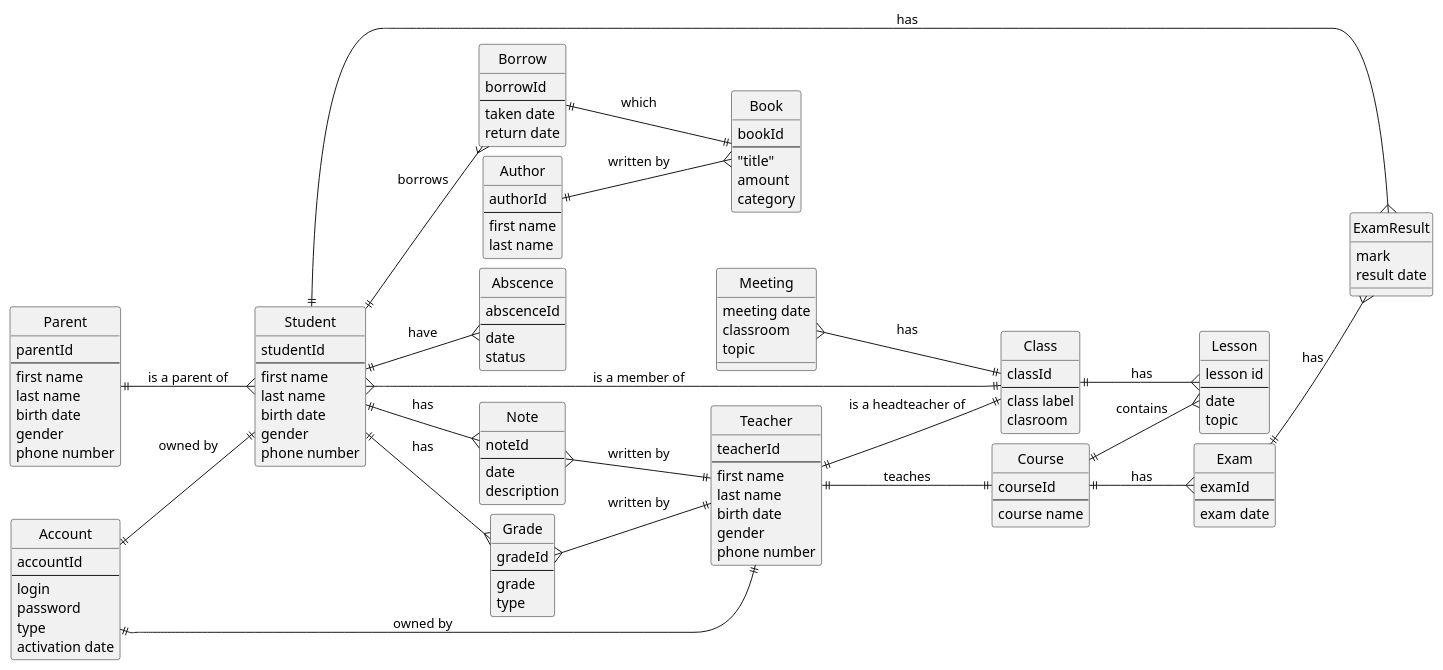
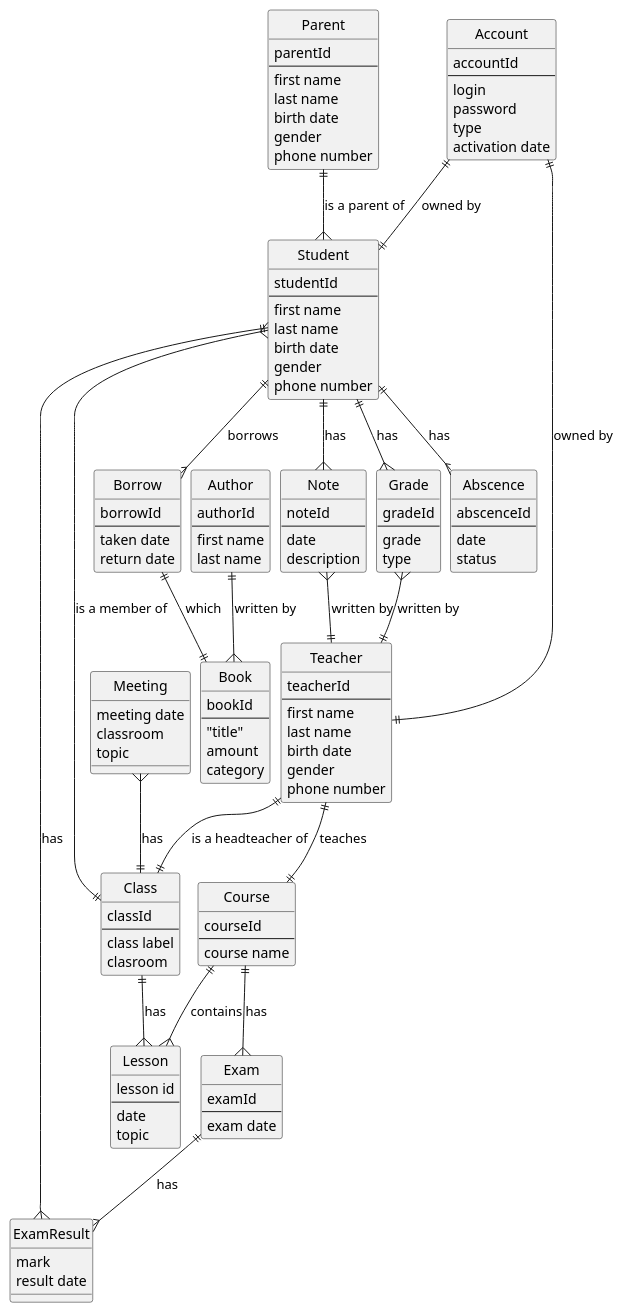
One commit to kploskonka/Highschool-Database-System changed the diagram in erd.plantuml. Above: the diagram before and after it, drawn with PlantUML. The commit also changed 2 other files, not shown here.

```diff
--- a/erd.plantuml
+++ b/erd.plantuml
@@ -1,133 +1,133 @@
 @startuml
 hide circle
-left to right direction
+
 skinparam nodesep 10
 skinparam ranksep 15
 entity "Account" as ac {
     accountId
     --
     login
     password
     type
     activation date
 }
 entity "Student" as stu {
     studentId
     --
     first name
     last name 
     birth date
     gender
     phone number
 }
 entity "Teacher" as tea {
     teacherId
     --
     first name
     last name 
     birth date
     gender
     phone number
 }
 entity "Parent" as par {
     parentId
     --
     first name
     last name 
     birth date
     gender
     phone number
 }
 entity "Abscence" as abs{
     abscenceId
     --
     date
     status
 }
 entity "Borrow" as bo{
     borrowId
     --
     taken date
     return date
 }
 entity "Book" as book{
     bookId
     --
     "title"
     amount
     category
 }
 entity "Author" as au{
     authorId
     --
     first name
     last name
 }
 entity "Course" as co{
     courseId
     --
     course name
 }
 entity "Lesson" as le{
     lesson id
     --
     date
     topic
 }
 entity "Class" as cl{
     classId 
     --
     class label
     clasroom
 }
 entity "Exam" as ex{
     examId
     --
     exam date
 }
 entity "ExamResult" as exR{
     mark
     result date
 }
 entity "Meeting" as me{
     meeting date
     classroom 
     topic 
 }
 entity "Note" as no{
     noteId
     --
     date 
     description
 }
 entity "Grade" as gr{
     gradeId
     --
     grade
     type
 }
  ' zero to one |o--
  ' exactly one ||--
  ' zero or many }o--
  ' one or many }|--
 stu }----|| cl : "is a member of"
 stu ||----{ no: "has"
 no }----|| tea: "written by"
 stu ||----{ gr : "has"
 gr }----|| tea: "written by"
 stu ||----{ bo : "borrows"
 bo ||----|| book : "which"
 au ||----{ book : "written by"
 ac ||----|| stu : "owned by"
 ac ||----|| tea : "owned by"
 par ||----{ stu : "is a parent of"
-stu ||----{ abs : "have"
+stu ||----{ abs : "has"
 tea ||----|| co : "teaches"
 tea ||----|| cl : "is a headteacher of"
 co ||----{ le : "contains"
 co ||----{ ex : "has"
 ex ||----{ exR : "has"
 me }----|| cl : "has"
 cl ||----{ le: "has"
 stu ||-----{ exR: "has"
 @enduml
```
